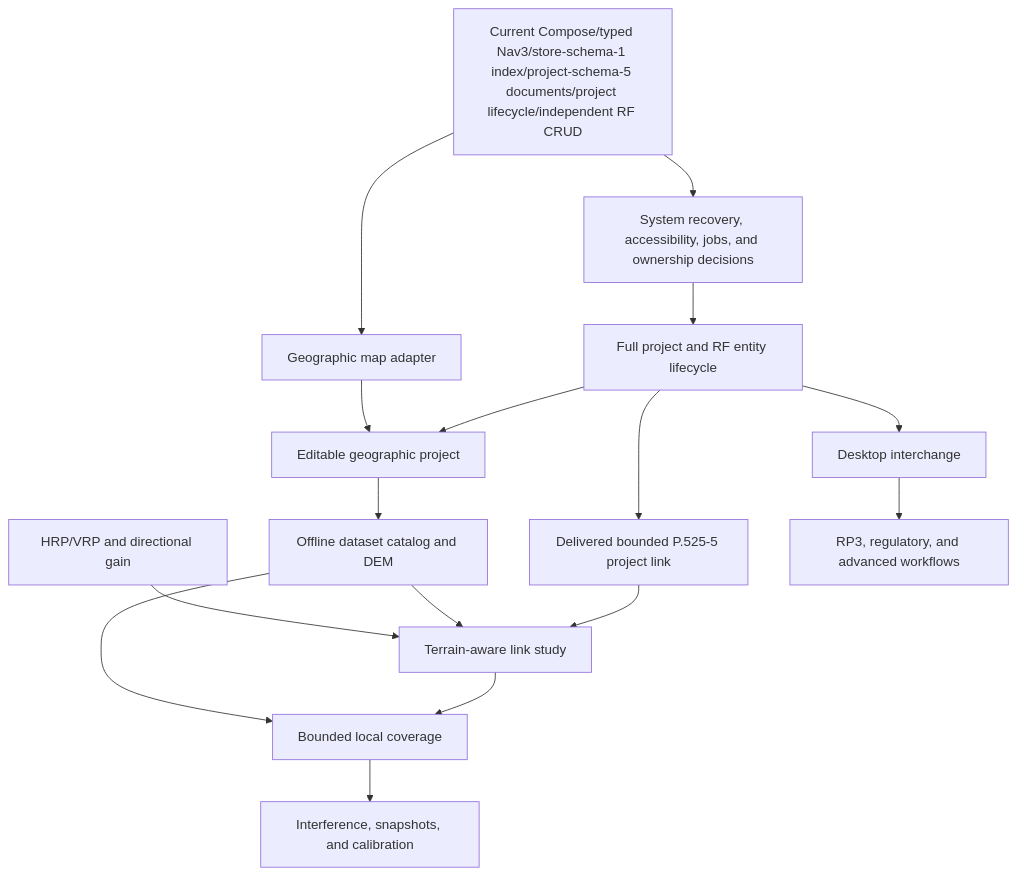
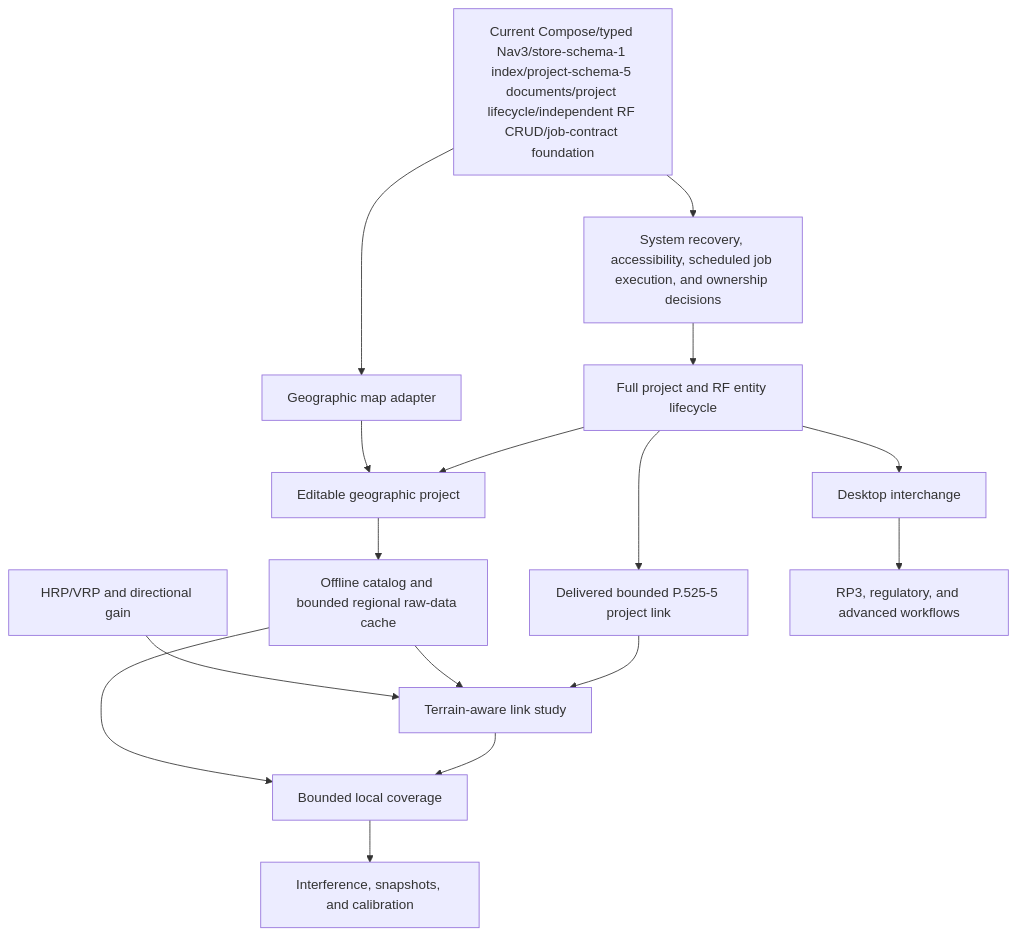
Before and after one commit to Gecesars/ATX_PLA_APK: the diagram in docs/APPLICATION_MAP.md, drawn with Mermaid. The commit also changed other lines of this file and 33 other files, not shown here.

Commit message:
feat: add regional data acquisition and durable jobs

````diff
--- a/docs/APPLICATION_MAP.md
+++ b/docs/APPLICATION_MAP.md
@@ -246,18 +247,18 @@
 ```mermaid
 flowchart TD
-    CURRENT[Current Compose/typed Nav3/store-schema-1 index/project-schema-5 documents/project lifecycle/independent RF CRUD] --> HARDEN[System recovery, accessibility, jobs, and ownership decisions]
+    CURRENT[Current Compose/typed Nav3/store-schema-1 index/project-schema-5 documents/project lifecycle/independent RF CRUD/job-contract foundation] --> HARDEN[System recovery, accessibility, scheduled job execution, and ownership decisions]
     HARDEN --> PROJECT[Full project and RF entity lifecycle]
     CURRENT --> MAPSPIKE[Geographic map adapter]
     PROJECT --> MAP[Editable geographic project]
     MAPSPIKE --> MAP
-    MAP --> DATA[Offline dataset catalog and DEM]
+    MAP --> DATA[Offline catalog and bounded regional raw-data cache]
     PROJECT --> BASELINK[Delivered bounded P.525-5 project link]
     BASELINK --> LINK[Terrain-aware link study]
     DATA --> LINK
     ANTENNA[HRP/VRP and directional gain] --> LINK
     LINK --> COVERAGE[Bounded local coverage]
     DATA --> COVERAGE
     COVERAGE --> NETWORK[Interference, snapshots, and calibration]
     PROJECT --> INTEROP[Desktop interchange]
     INTEROP --> ADVANCED[RP3, regulatory, and advanced workflows]
 ```
````
